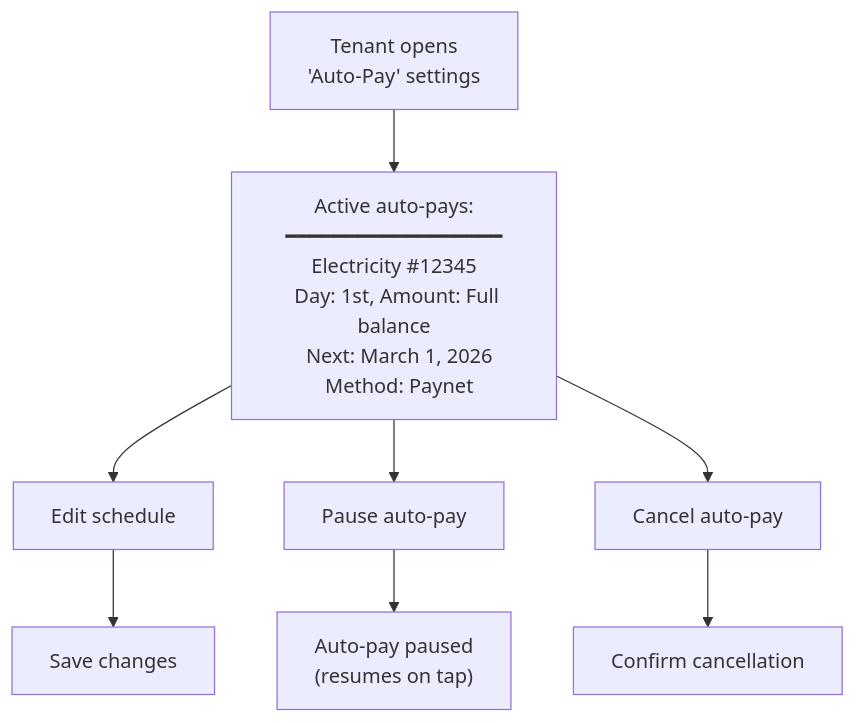
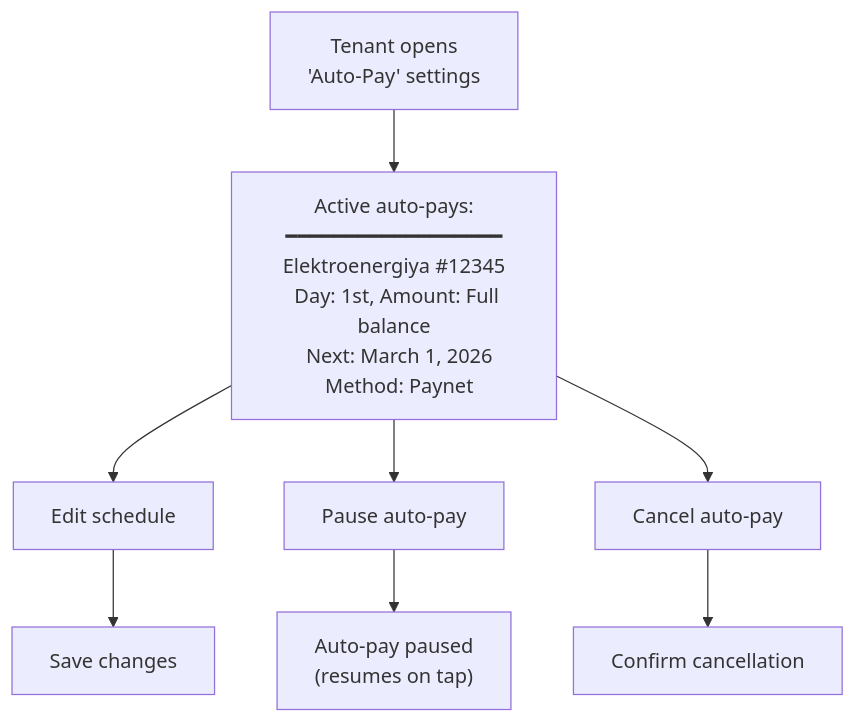
One commit to saodatm-dev/Utilities---Informational-Architecture changed the sixth of 9 diagrams in utilities-payment-userflow.md. Above: the diagram before and after it, drawn with Mermaid. The commit also changed other lines of this file and 1 other file, not shown here.

Commit message:
refactor: Localize utility names to Uzbek, consolidate feature tiers, remove payment service integration, and refine payment flow details.

````diff
--- a/utilities-payment-userflow.md
+++ b/utilities-payment-userflow.md
@@ -195,13 +195,13 @@
 ```mermaid
 flowchart TD
-    MANAGE["Tenant opens<br/>'Auto-Pay' settings"] --> LIST["Active auto-pays:<br/>━━━━━━━━━━━━━━━━━━<br/>Electricity #12345<br/>  Day: 1st, Amount: Full balance<br/>  Next: March 1, 2026<br/>  Method: Paynet"]
+    MANAGE["Tenant opens<br/>'Auto-Pay' settings"] --> LIST["Active auto-pays:<br/>━━━━━━━━━━━━━━━━━━<br/>Elektroenergiya #12345<br/>  Day: 1st, Amount: Full balance<br/>  Next: March 1, 2026<br/>  Method: Paynet"]
 
     LIST --> EDIT["Edit schedule"]
     LIST --> PAUSE["Pause auto-pay"]
     LIST --> DELETE["Cancel auto-pay"]
 
     EDIT --> SAVE["Save changes"]
     PAUSE --> PAUSED["Auto-pay paused<br/>(resumes on tap)"]
     DELETE --> CONFIRM["Confirm cancellation"]
 
 ```
````
